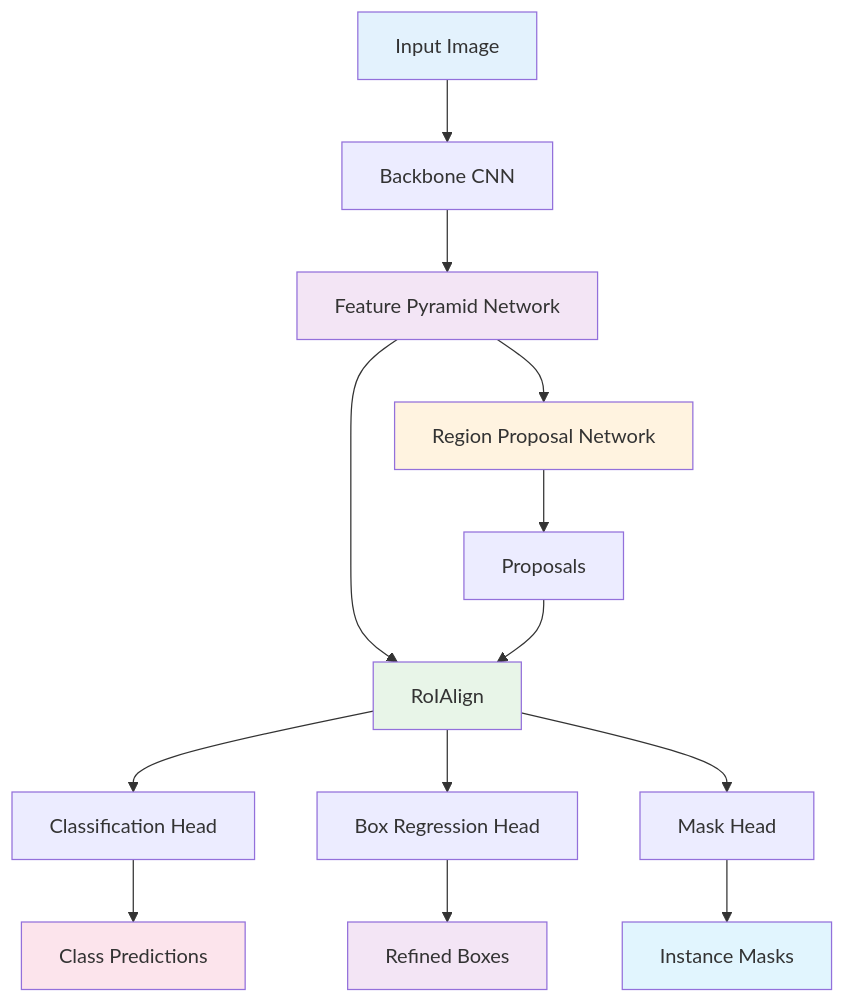
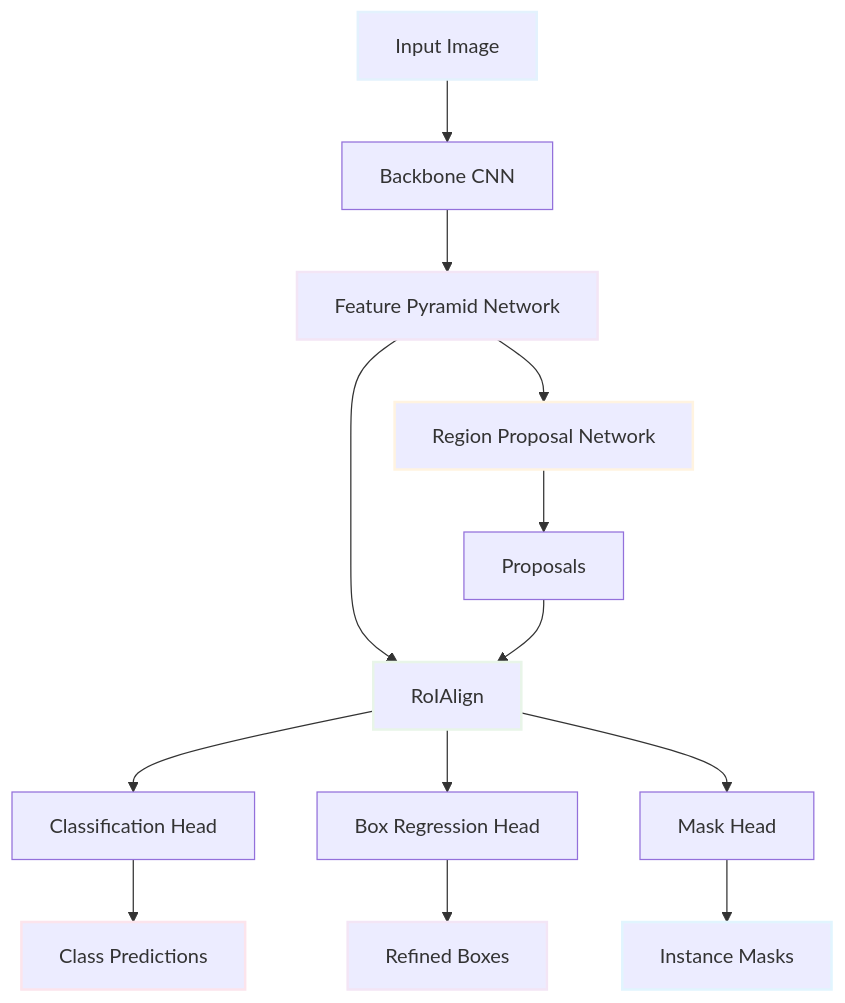
Before and after one commit to c0z0c/sprint_mission: the first of 3 diagrams in 스터디/IS_09_instance_segmentation.md, drawn with Mermaid. The commit also changed other lines of this file and 14 other files, not shown here.

````diff
--- a/스터디/IS_09_instance_segmentation.md
+++ b/스터디/IS_09_instance_segmentation.md
@@ -62,24 +62,24 @@
 ```mermaid
 graph TB
     A["Input Image"] --> B["Backbone CNN"]
     B --> C["Feature Pyramid Network"]
     C --> D["Region Proposal Network"]
     C --> E["RoIAlign"]
     D --> F["Proposals"]
     F --> E
     E --> G["Classification Head"]
     E --> H["Box Regression Head"]
     E --> I["Mask Head"]
     
     G --> J["Class Predictions"]
     H --> K["Refined Boxes"]
     I --> L["Instance Masks"]
     
-    style A fill:#e3f2fd
-    style C fill:#f3e5f5
-    style D fill:#fff3e0
-    style E fill:#e8f5e8
-    style J fill:#fce4ec
-    style K fill:#f3e5f5
-    style L fill:#e1f5fe
+    style A stroke-width:2px,stroke:#e3f2fd
+    style C stroke-width:2px,stroke:#f3e5f5
+    style D stroke-width:2px,stroke:#fff3e0
+    style E stroke-width:2px,stroke:#e8f5e8
+    style J stroke-width:2px,stroke:#fce4ec
+    style K stroke-width:2px,stroke:#f3e5f5
+    style L stroke-width:2px,stroke:#e1f5fe
 ```
````
